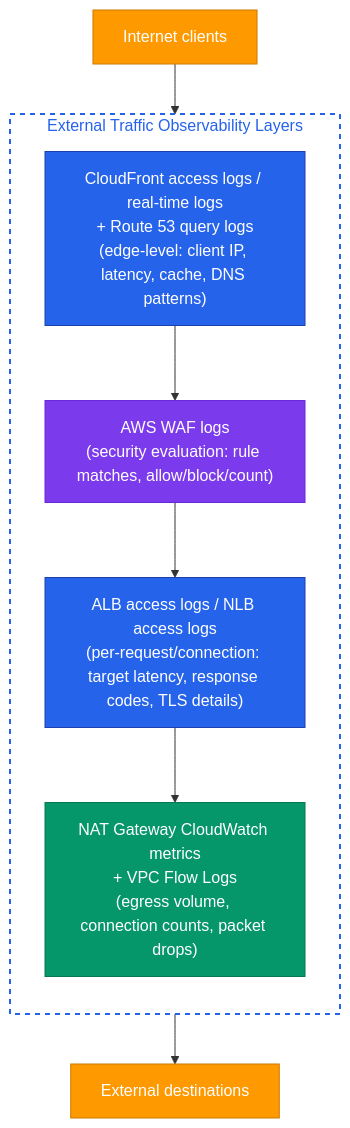
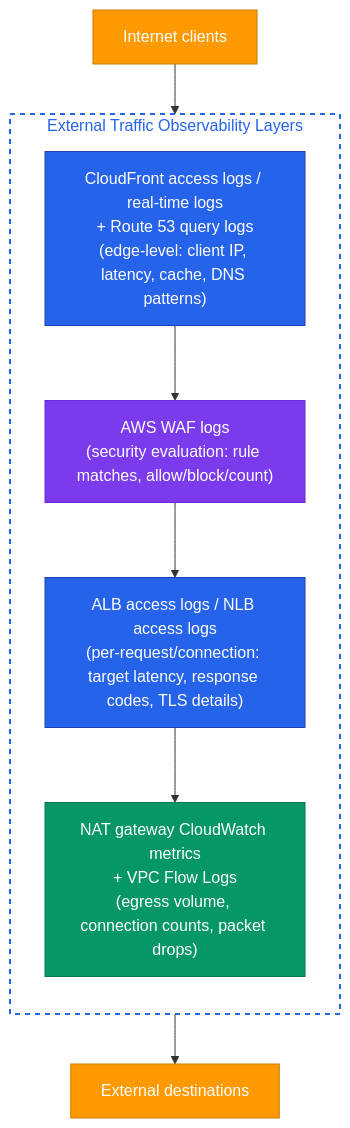
Before and after one commit to aws/aws-networking-best-practices: the diagram in content/observability/external-traffic.md, drawn with Mermaid. The commit also changed other lines of this file and 22 other files, not shown here.

````diff
--- a/content/observability/external-traffic.md
+++ b/content/observability/external-traffic.md
@@ -12,24 +12,24 @@
 ``` mermaid
 graph TB
     subgraph External["External Traffic Observability Layers"]
         direction TB
         Edge["CloudFront access logs / real-time logs<br/>+ Route 53 query logs<br/>(edge-level: client IP, latency, cache, DNS patterns)"]
-        WAF["AWS WAF logs<br/>(security evaluation: rule matches, allow/block/count)"]
+        AWSWAF["AWS WAF logs<br/>(security evaluation: rule matches, allow/block/count)"]
         LB["ALB access logs / NLB access logs<br/>(per-request/connection: target latency, response codes, TLS details)"]
-        VPC["NAT Gateway CloudWatch metrics<br/>+ VPC Flow Logs<br/>(egress volume, connection counts, packet drops)"]
+        VPC["NAT gateway CloudWatch metrics<br/>+ VPC Flow Logs<br/>(egress volume, connection counts, packet drops)"]
     end
 
     Client["Internet clients"] --> Edge
-    Edge --> WAF
-    WAF --> LB
+    Edge --> AWSWAF
+    AWSWAF --> LB
     LB --> VPC
     VPC --> Destination["External destinations"]
 
     style External fill:none,stroke:#2563eb,stroke-width:2px,stroke-dasharray:5 5,color:#2563eb
     style Edge fill:#2563eb,stroke:#1e40af,color:#fff
-    style WAF fill:#7c3aed,stroke:#6d28d9,color:#fff
+    style AWSWAF fill:#7c3aed,stroke:#6d28d9,color:#fff
     style LB fill:#2563eb,stroke:#1e40af,color:#fff
     style VPC fill:#059669,stroke:#047857,color:#fff
     style Client fill:#ff9900,stroke:#cc7a00,color:#fff
     style Destination fill:#ff9900,stroke:#cc7a00,color:#fff
 ```
````
